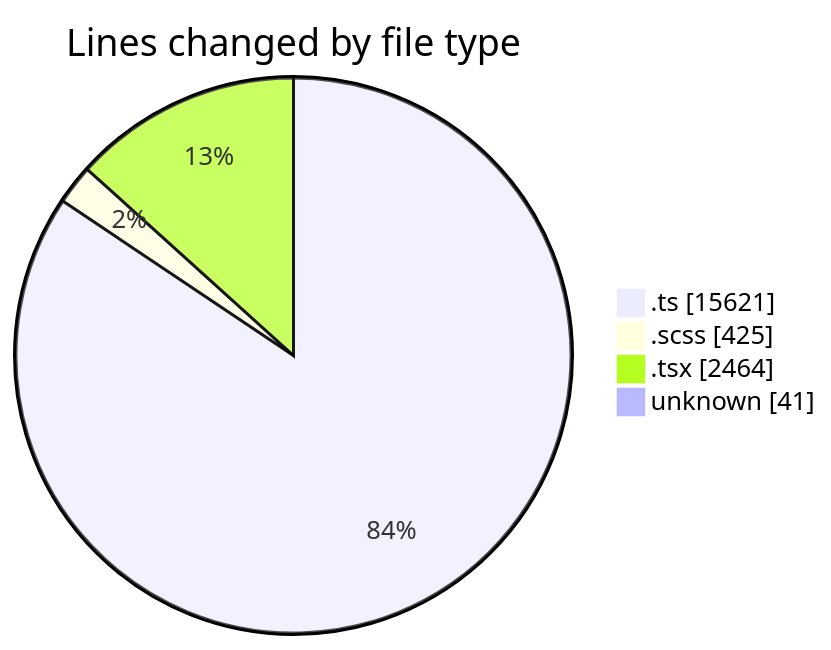
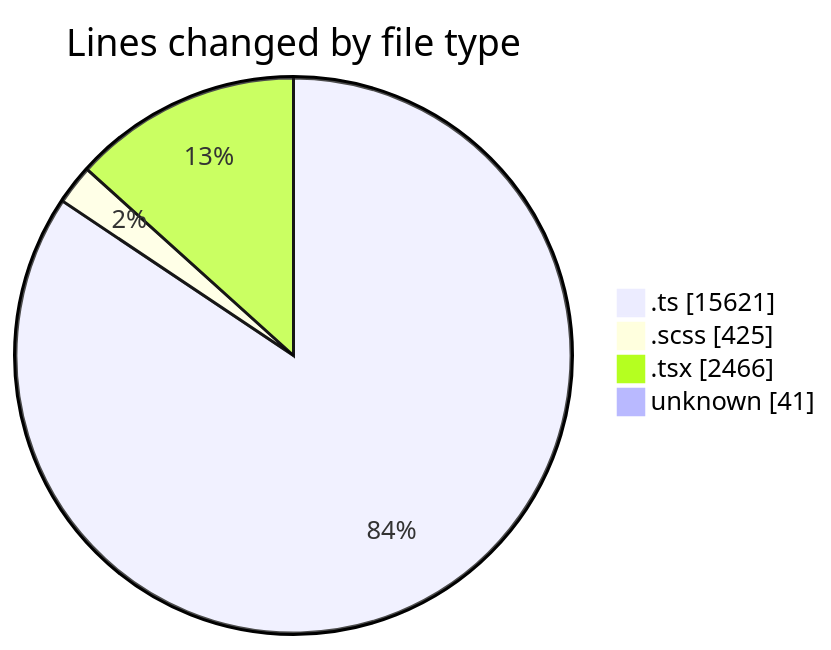
Before and after one commit to momahboobian/code-tracking: the first of 2 diagrams in 2025-08-27/cda/README.md, drawn with Mermaid. The commit also changed other lines of this file and 1 other file, not shown here.

````diff
--- a/2025-08-27/cda/README.md
+++ b/2025-08-27/cda/README.md
@@ -35,8 +35,8 @@
 ```mermaid
 pie showData
 title Lines changed by file type
 ".ts" : 15621
 ".scss" : 425
-".tsx" : 2464
+".tsx" : 2466
 "unknown" : 41
 ```
````
